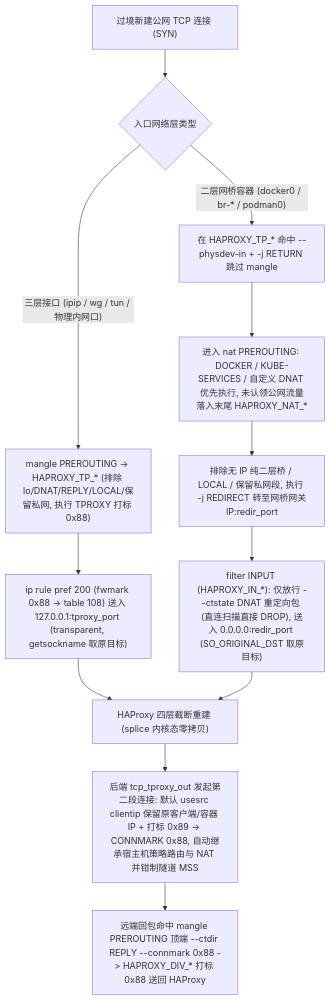
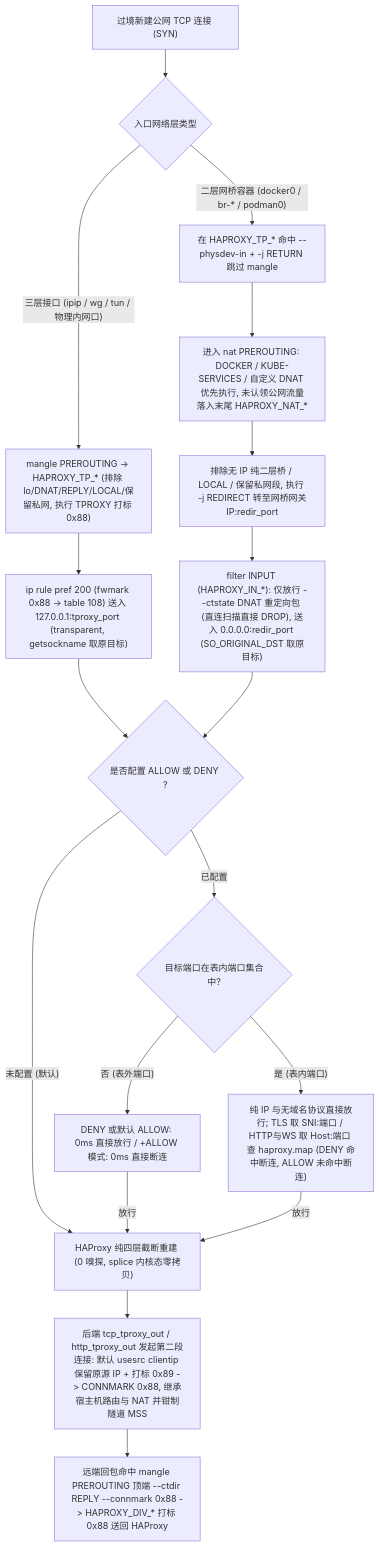
The second of 2 diagrams in README.md (MoeClub/haproxy_docker), drawn with Mermaid before and after one commit. The commit also changed other lines of this file and 3 other files, not shown here.

````diff
--- a/README.md
+++ b/README.md
@@ -83,18 +83,25 @@
 ```mermaid
 flowchart TD
     InPkt["过境新建公网 TCP 连接 (SYN)"] --> Layer{"入口网络层类型"}
 
     Layer -- "三层接口 (ipip / wg / tun / 物理内网口)" --> MangleTP["mangle PREROUTING -> HAPROXY_TP_* (排除 lo/DNAT/REPLY/LOCAL/保留私网, 执行 TPROXY 打标 0x88)"]
     MangleTP --> PolicyRt["ip rule pref 200 (fwmark 0x88 -> table 108) 送入 127.0.0.1:tproxy_port (transparent, getsockname 取原目标)"]
 
     Layer -- "二层网桥容器 (docker0 / br-* / podman0)" --> BypassMangle["在 HAPROXY_TP_* 命中 --physdev-in + -j RETURN 跳过 mangle"]
     BypassMangle --> NatPre["进入 nat PREROUTING: DOCKER / KUBE-SERVICES / 自定义 DNAT 优先执行, 未认领公网流量落入末尾 HAPROXY_NAT_*"]
     NatPre --> DoRedir["排除无 IP 纯二层桥 / LOCAL / 保留私网段, 执行 -j REDIRECT 转至网桥网关IP:redir_port"]
     DoRedir --> InputFilter["filter INPUT (HAPROXY_IN_*): 仅放行 --ctstate DNAT 重定向包 (直连扫描直接 DROP), 送入 0.0.0.0:redir_port (SO_ORIGINAL_DST 取原目标)"]
 
-    PolicyRt --> SplitTCP["HAProxy 四层截断重建 (splice 内核态零拷贝)"]
-    InputFilter --> SplitTCP
+    PolicyRt --> OptFlt{"是否配置 ALLOW 或 DENY ?"}
+    InputFilter --> OptFlt
 
-    SplitTCP --> BackendOut["后端 tcp_tproxy_out 发起第二段连接: 默认 usesrc clientip 保留原客户端/容器 IP + 打标 0x89 -> CONNMARK 0x88, 自动继承宿主机策略路由与 NAT 并钳制隧道 MSS"]
+    OptFlt -- "未配置 (默认)" --> SplitTCP["HAProxy 纯四层截断重建 (0 嗅探, splice 内核态零拷贝)"]
+    OptFlt -- "已配置" --> PortChk{"目标端口在表内端口集合中?"}
+    PortChk -- "否 (表外端口)" --> UnlistedAct["DENY 或默认 ALLOW: 0ms 直接放行 / +ALLOW 模式: 0ms 直接断连"]
+    PortChk -- "是 (表内端口)" --> DomainChk["纯 IP 与无域名协议直接放行; TLS 取 SNI:端口 / HTTP与WS 取 Host:端口 查 haproxy.map (DENY 命中断连, ALLOW 未命中断连)"]
+    UnlistedAct -- "放行" --> SplitTCP
+    DomainChk -- "放行" --> SplitTCP
+
+    SplitTCP --> BackendOut["后端 tcp_tproxy_out / http_tproxy_out 发起第二段连接: 默认 usesrc clientip 保留原源 IP + 打标 0x89 -> CONNMARK 0x88, 继承宿主机路由与 NAT 并钳制隧道 MSS"]
     BackendOut --> ReplyDiv["远端回包命中 mangle PREROUTING 顶端 --ctdir REPLY --connmark 0x88 -> HAPROXY_DIV_* 打标 0x88 送回 HAProxy"]
 ```
````
